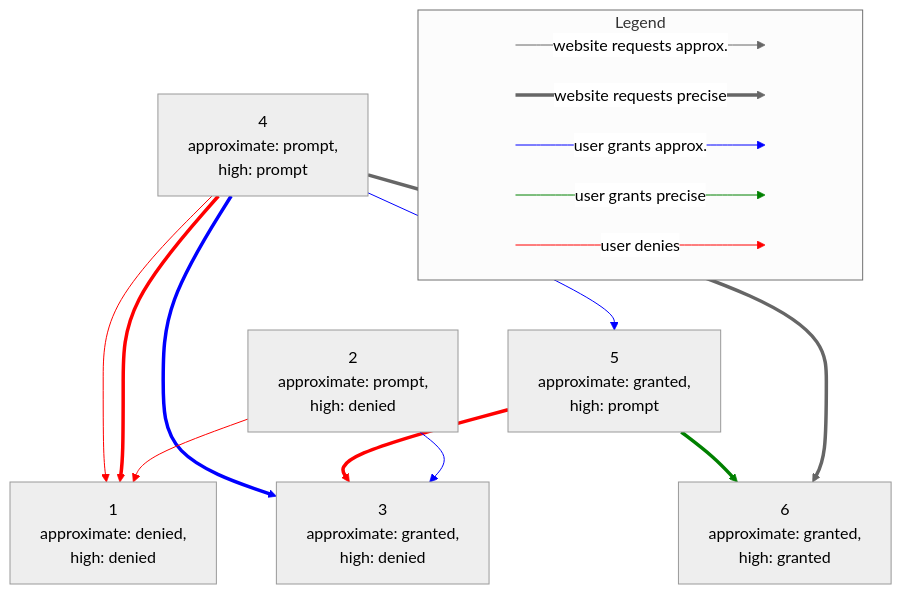
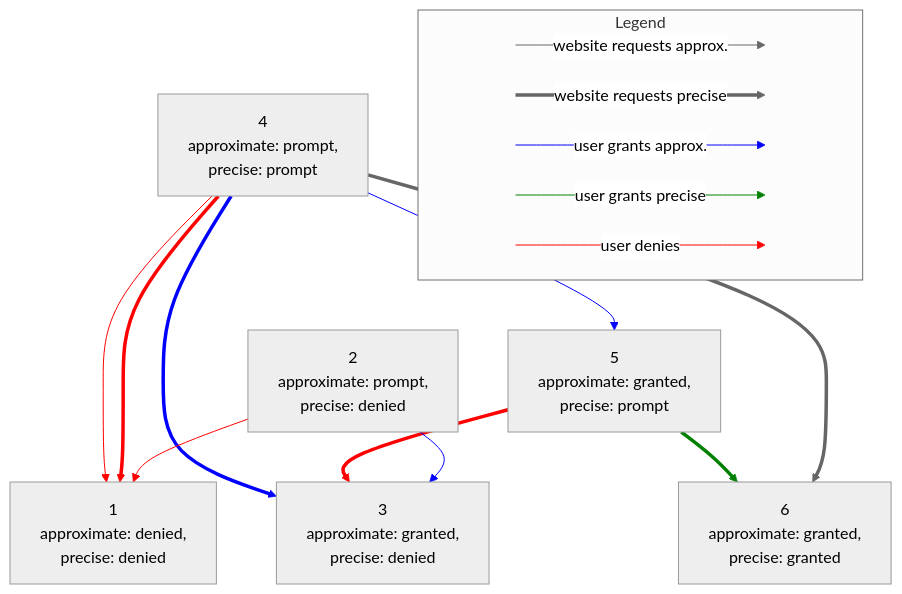
The diagram in permission-states.md (explainers-by-googlers/approximate-geolocation), drawn with Mermaid (neutral theme) before and after one commit. The commit also changed other lines of this file and 1 other file, not shown here.

Commit message:
Rename high -> precise (#14)

````diff
--- a/permission-states.md
+++ b/permission-states.md
@@ -27,49 +27,49 @@
 ```mermaid
 graph TD;
     subgraph Legend
       direction LR
       start1[ ] -->|website requests approx.| stop1[ ]
       style start1 height:0px;
       style stop1 height:0px;
       start3[ ] ==>|website requests precise| stop3[ ]
       style start3 height:0px;
       style stop3 height:0px;
       start4[ ] -->|user grants approx.| stop4[ ]
       style start4 height:0px;
       style stop4 height:0px;
       start5[ ] -->|user grants precise| stop5[ ]
       style start5 height:0px;
       style stop5 height:0px;
       start6[ ] -->|user denies| stop6[ ]
       style start6 height:0px;
       style stop6 height:0px;
       linkStyle 2 stroke:blue;
       linkStyle 3 stroke:green;
       linkStyle 4 stroke:red;
     end
-    1[1<br>approximate: denied,<br>high: denied];
-    2[2<br>approximate: prompt,<br>high: denied];
-    3[3<br>approximate: granted,<br>high: denied];
-    4[4<br>approximate: prompt,<br>high: prompt];
-    5[5<br>approximate: granted,<br>high: prompt];
-    6[6<br>approximate: granted,<br>high: granted];
+    1[1<br>approximate: denied,<br>precise: denied];
+    2[2<br>approximate: prompt,<br>precise: denied];
+    3[3<br>approximate: granted,<br>precise: denied];
+    4[4<br>approximate: prompt,<br>precise: prompt];
+    5[5<br>approximate: granted,<br>precise: prompt];
+    6[6<br>approximate: granted,<br>precise: granted];
     4-->1;
     4==>1;
     4==>3;
     4-->5;
     5==>6;
     5==>3;
     2-->3;
     2-->1;
     2~~~6;
     4==>6;
     linkStyle 5 stroke:red;
     linkStyle 6 stroke:red;
     linkStyle 7 stroke:blue;
     linkStyle 8 stroke:blue;
     linkStyle 9 stroke:green;
     linkStyle 10 stroke:red;
     linkStyle 11 stroke:blue;
     linkStyle 12 stroke:red;
     linkStyle 13 stroke:green;
 ```
````
